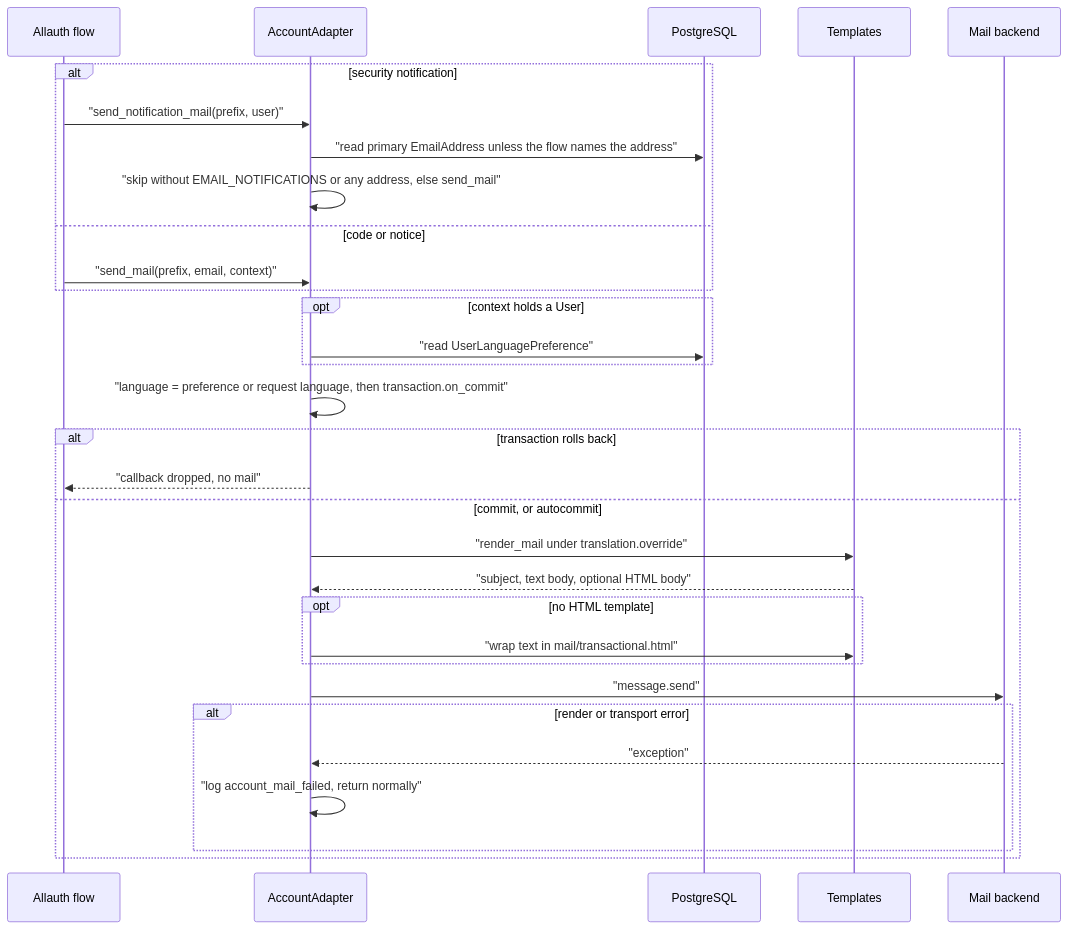
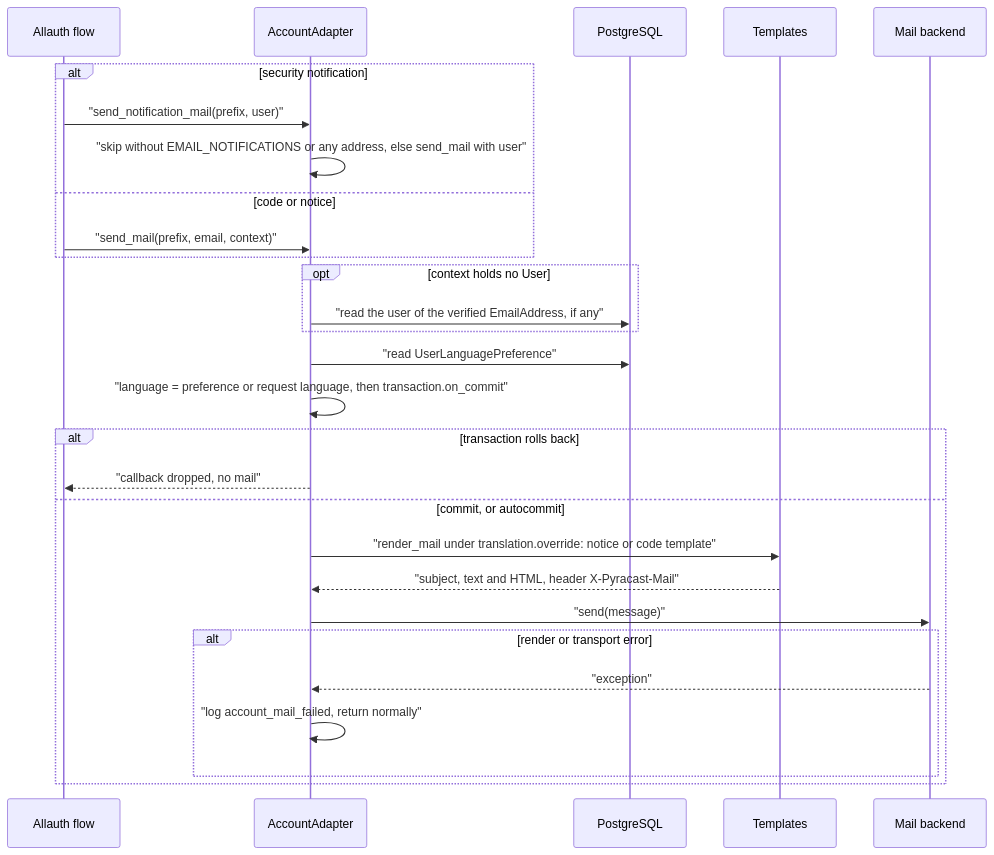
The diagram in docs/flows/account-mail-notifications.md (erkurtharun/pyracast), drawn with Mermaid before and after one commit. The commit also changed other lines of this file and 100 other files, not shown here.

````diff
--- a/docs/flows/account-mail-notifications.md
+++ b/docs/flows/account-mail-notifications.md
@@ -15,33 +13,30 @@
 ```mermaid
 sequenceDiagram
     participant F as Allauth flow
     participant A as AccountAdapter
     participant DB as PostgreSQL
     participant T as Templates
     participant M as Mail backend
     alt security notification
         F->>A: "send_notification_mail(prefix, user)"
-        A->>DB: "read primary EmailAddress unless the flow names the address"
-        A->>A: "skip without EMAIL_NOTIFICATIONS or any address, else send_mail"
+        A->>A: "skip without EMAIL_NOTIFICATIONS or any address, else send_mail with user"
     else code or notice
         F->>A: "send_mail(prefix, email, context)"
     end
-    opt context holds a User
-        A->>DB: "read UserLanguagePreference"
+    opt context holds no User
+        A->>DB: "read the user of the verified EmailAddress, if any"
     end
+    A->>DB: "read UserLanguagePreference"
     A->>A: "language = preference or request language, then transaction.on_commit"
     alt transaction rolls back
         A-->>F: "callback dropped, no mail"
     else commit, or autocommit
-        A->>T: "render_mail under translation.override"
-        T-->>A: "subject, text body, optional HTML body"
-        opt no HTML template
-            A->>T: "wrap text in mail/transactional.html"
-        end
-        A->>M: "message.send"
+        A->>T: "render_mail under translation.override: notice or code template"
+        T-->>A: "subject, text and HTML, header X-Pyracast-Mail"
+        A->>M: "send(message)"
         alt render or transport error
             M-->>A: "exception"
             A->>A: "log account_mail_failed, return normally"
         end
     end
 ```
````
